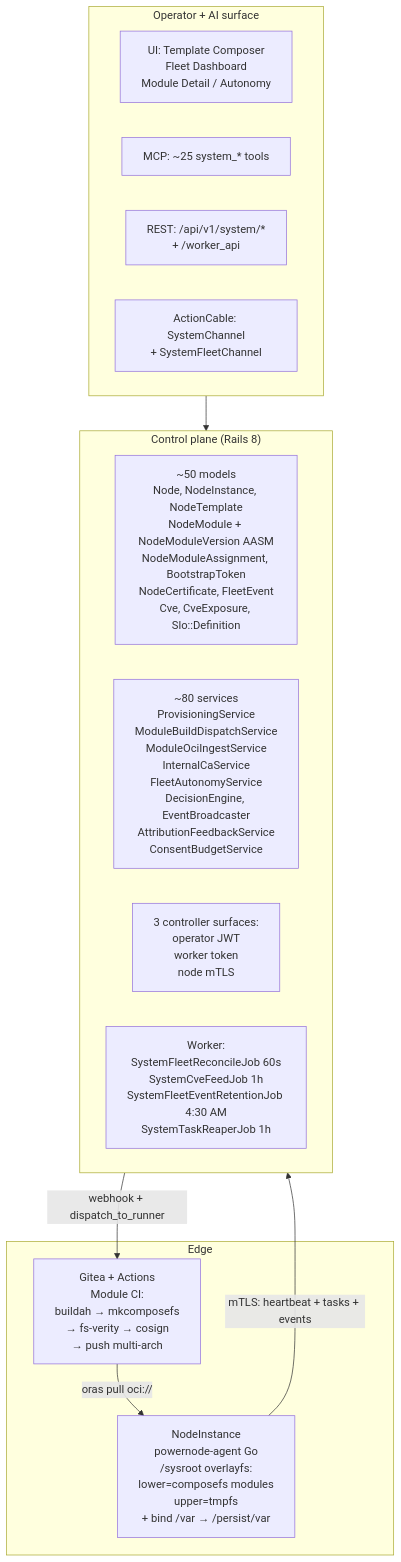
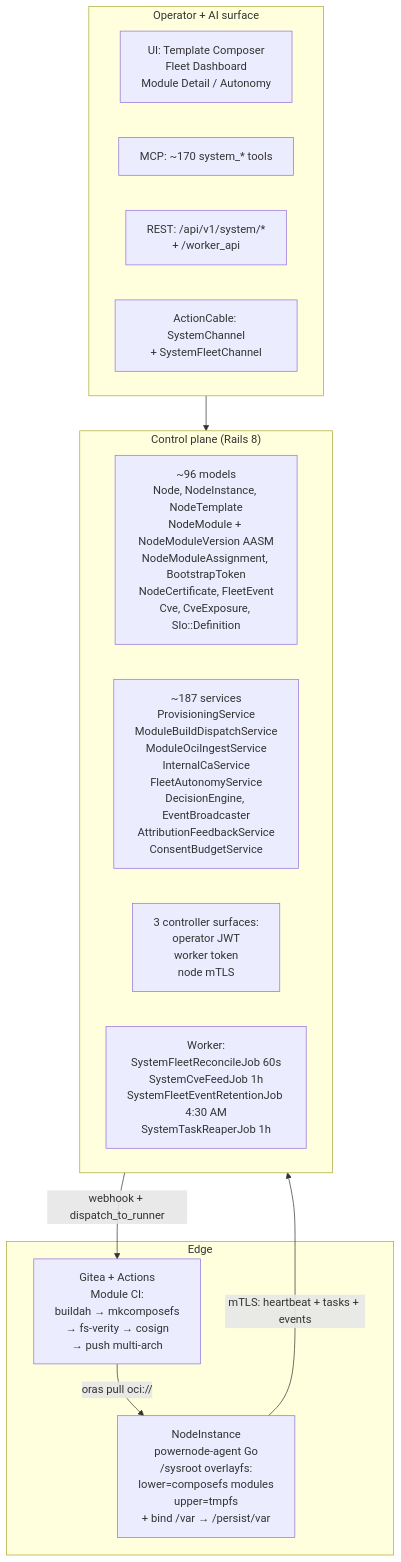
One commit to nodealchemy/powernode-system changed the first of 7 diagrams in docs/ARCHITECTURE.md. Above: the diagram before and after it, drawn with Mermaid. The commit also changed other lines of this file and 9 other files, not shown here.

````diff
--- a/docs/ARCHITECTURE.md
+++ b/docs/ARCHITECTURE.md
@@ -11,26 +11,26 @@
 ```mermaid
 flowchart TB
     subgraph Surface["Operator + AI surface"]
         UI[UI: Template Composer<br/>Fleet Dashboard<br/>Module Detail / Autonomy]
-        MCP[MCP: ~25 system_* tools]
+        MCP[MCP: ~170 system_* tools]
         REST[REST: /api/v1/system/*<br/>+ /worker_api]
         AC[ActionCable: SystemChannel<br/>+ SystemFleetChannel]
     end
 
     subgraph Control["Control plane (Rails 8)"]
-        Models[~50 models<br/>Node, NodeInstance, NodeTemplate<br/>NodeModule + NodeModuleVersion AASM<br/>NodeModuleAssignment, BootstrapToken<br/>NodeCertificate, FleetEvent<br/>Cve, CveExposure, Slo::Definition]
-        Services[~80 services<br/>ProvisioningService<br/>ModuleBuildDispatchService<br/>ModuleOciIngestService<br/>InternalCaService<br/>FleetAutonomyService<br/>DecisionEngine, EventBroadcaster<br/>AttributionFeedbackService<br/>ConsentBudgetService]
+        Models[~96 models<br/>Node, NodeInstance, NodeTemplate<br/>NodeModule + NodeModuleVersion AASM<br/>NodeModuleAssignment, BootstrapToken<br/>NodeCertificate, FleetEvent<br/>Cve, CveExposure, Slo::Definition]
+        Services[~187 services<br/>ProvisioningService<br/>ModuleBuildDispatchService<br/>ModuleOciIngestService<br/>InternalCaService<br/>FleetAutonomyService<br/>DecisionEngine, EventBroadcaster<br/>AttributionFeedbackService<br/>ConsentBudgetService]
         Ctrl[3 controller surfaces:<br/>operator JWT<br/>worker token<br/>node mTLS]
         Worker[Worker:<br/>SystemFleetReconcileJob 60s<br/>SystemCveFeedJob 1h<br/>SystemFleetEventRetentionJob 4:30 AM<br/>SystemTaskReaperJob 1h]
     end
 
     subgraph Edge["Edge"]
         CI[Gitea + Actions<br/>Module CI:<br/>buildah → mkcomposefs<br/>→ fs-verity → cosign<br/>→ push multi-arch]
         Node["NodeInstance<br/>powernode-agent Go<br/>/sysroot overlayfs:<br/>lower=composefs modules<br/>upper=tmpfs<br/>+ bind /var → /persist/var"]
     end
 
     Surface --> Control
     Control -- "webhook + dispatch_to_runner" --> CI
     CI -- "oras pull oci://" --> Node
     Node -- "mTLS: heartbeat + tasks + events" --> Control
 ```
````
